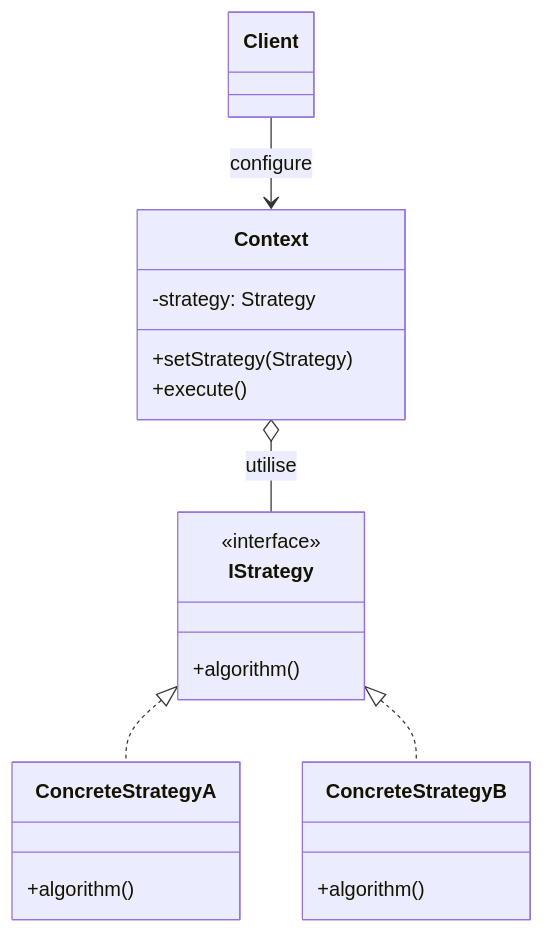
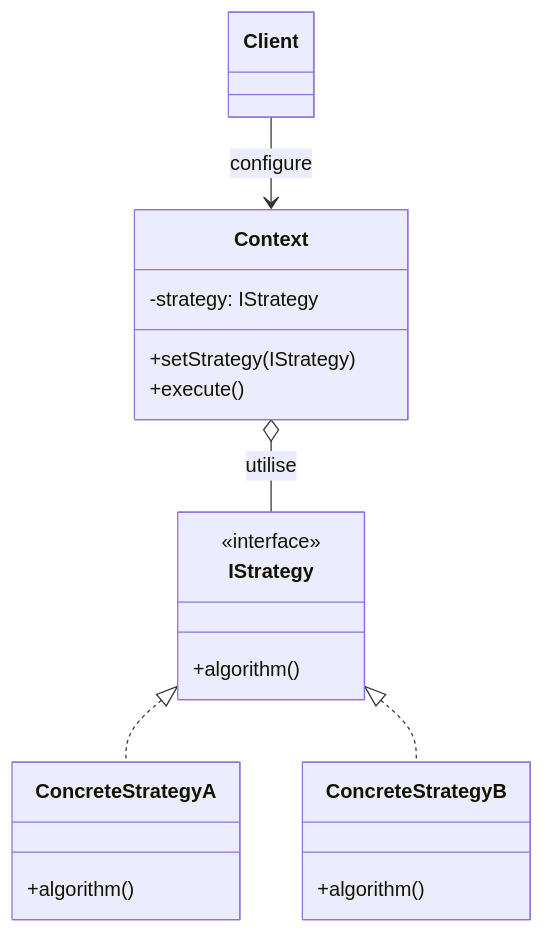
One commit to SamuelLnds/LandaisSamuel_TP_DesignPatterns changed the first of 3 diagrams in Strategy/README.md. Above: the diagram before and after it, drawn with Mermaid. The commit also changed other lines of this file and 12 other files, not shown here.

Commit message:
revue des README, correction des diagrammes, ajout de diagrammes de séquence pour détailler l'explication, correction du français, ajout d'informations supplémentaires, révision de la disposition des limitations à certains endroits

````diff
--- a/Strategy/README.md
+++ b/Strategy/README.md
@@ -9,28 +9,24 @@
 ```mermaid
 classDiagram
     class Context {
-        -strategy: Strategy
-        +setStrategy(Strategy)
+        -strategy: IStrategy
+        +setStrategy(IStrategy)
         +execute()
     }
-
     class IStrategy {
         <<interface>>
         +algorithm()
     }
-
     class ConcreteStrategyA {
         +algorithm()
     }
-
     class ConcreteStrategyB {
         +algorithm()
     }
-
     class Client
 
     IStrategy <|.. ConcreteStrategyA
     IStrategy <|.. ConcreteStrategyB
     Context o-- IStrategy : utilise
     Client --> Context : configure
 ```
````
